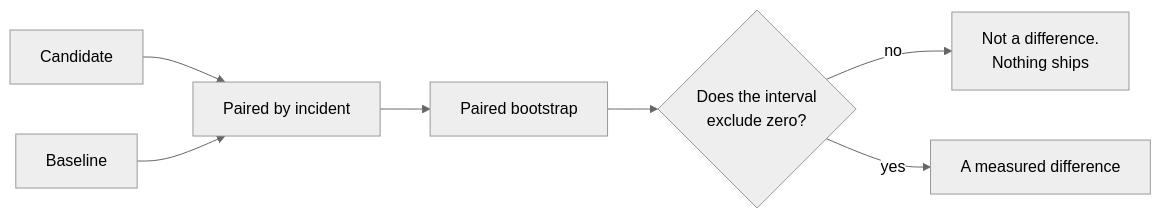
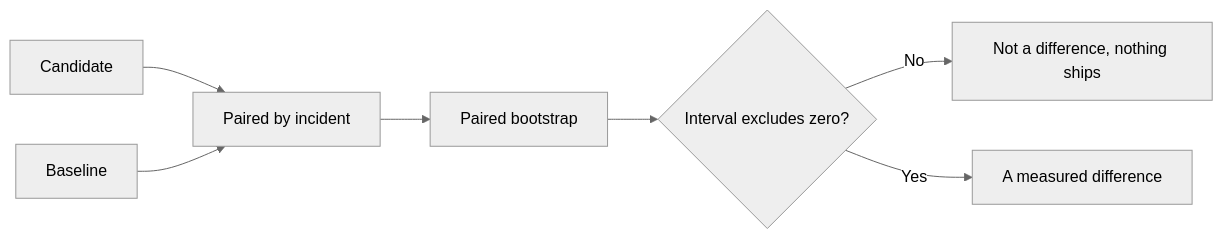
The third of 3 diagrams in explainer/metrics.qmd (hoomanesteki/firebreak-ai-sre-agent), drawn with Mermaid (neutral theme) before and after one commit. The commit also changed other lines of this file and 4 other files, not shown here.

First line of the commit message:
fix(site): make the diagrams render and the prose plain

````diff
--- a/explainer/metrics.qmd
+++ b/explainer/metrics.qmd
@@ -125,9 +118,9 @@
 ```{mermaid}
 flowchart LR
-  A["Candidate"] --> P["Paired by incident"]
-  B["Baseline"] --> P
-  P --> BOOT["Paired bootstrap"]
-  BOOT --> I{"Does the interval<br/>exclude zero?"}
-  I -->|"no"| X["Not a difference.<br/>Nothing ships"]
-  I -->|"yes"| Y["A measured difference"]
+  CAND[Candidate] --> PAIR[Paired by incident]
+  BASE[Baseline] --> PAIR
+  PAIR --> BOOT[Paired bootstrap]
+  BOOT --> ZERO{Interval excludes zero?}
+  ZERO -->|No| NOTHING[Not a difference, nothing ships]
+  ZERO -->|Yes| REAL[A measured difference]
 ```
````
